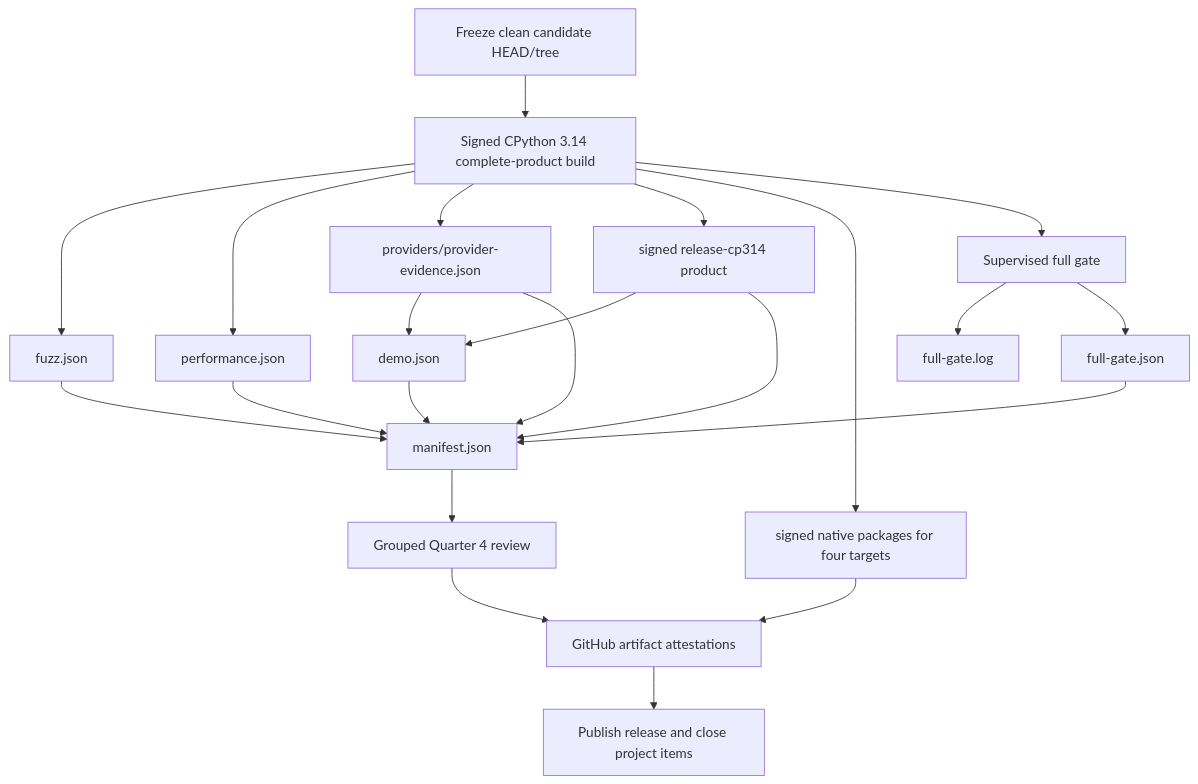
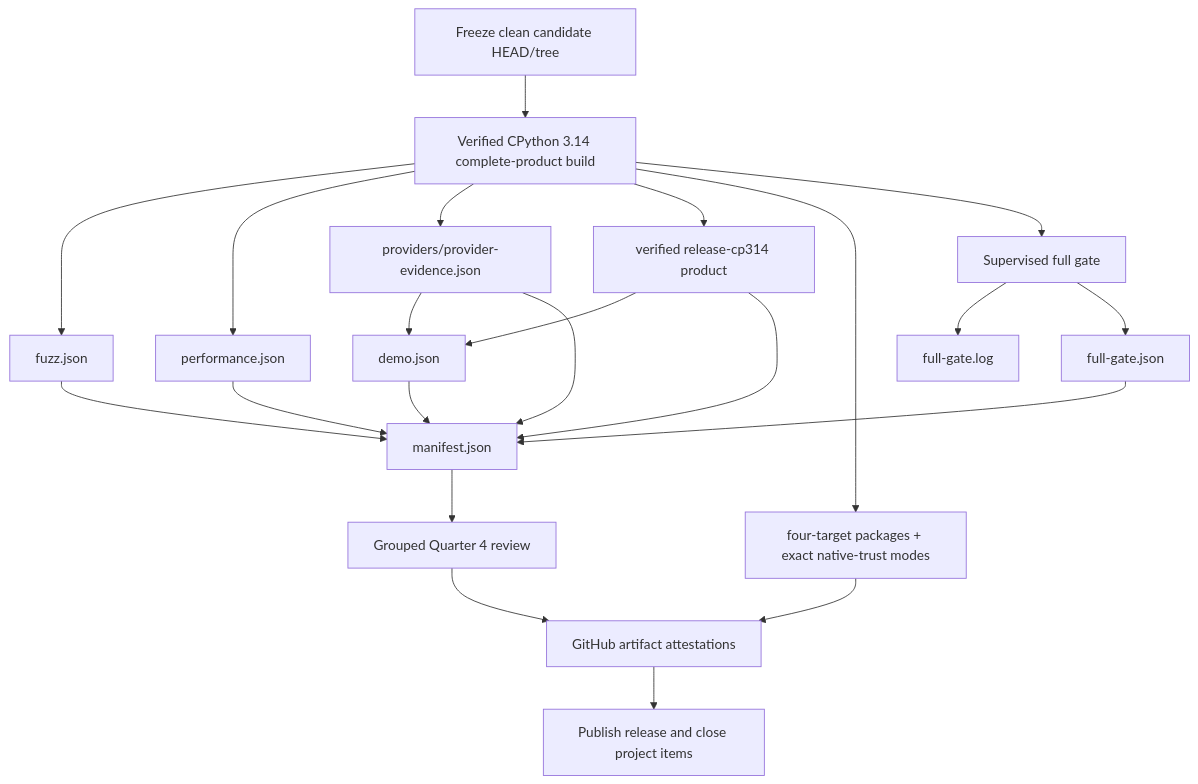
Before and after one commit to Sawmonabo/market-squawk: the diagram in docs/verification/usable-release-gate.md, drawn with Mermaid. The commit also changed other lines of this file and 13 other files, not shown here.

Commit message:
fix(release): complete portable zero-cost distribution

````diff
--- a/docs/verification/usable-release-gate.md
+++ b/docs/verification/usable-release-gate.md
@@ -59,40 +60,40 @@
 ```mermaid
 flowchart TD
     Freeze["Freeze clean candidate HEAD/tree"]
-    Build["Signed CPython 3.14 complete-product build"]
+    Build["Verified CPython 3.14 complete-product build"]
     Fuzz["fuzz.json"]
     Perf["performance.json"]
     Providers["providers/provider-evidence.json"]
-    Python["signed release-cp314 product"]
-    Native["signed native packages for four targets"]
+    Python["verified release-cp314 product"]
+    Native["four-target packages + exact native-trust modes"]
     Attest["GitHub artifact attestations"]
     Demo["demo.json"]
     Gate["Supervised full gate"]
     GateLog["full-gate.log"]
     GateReceipt["full-gate.json"]
     Close["manifest.json"]
     Review["Grouped Quarter 4 review"]
     Publish["Publish release and close project items"]
 
     Freeze --> Build
     Build --> Fuzz
     Build --> Perf
     Build --> Providers
     Build --> Python
     Build --> Native
     Providers --> Demo
     Python --> Demo
     Build --> Gate
     Gate --> GateLog
     Gate --> GateReceipt
     Fuzz --> Close
     Perf --> Close
     Providers --> Close
     Python --> Close
     Demo --> Close
     GateReceipt --> Close
     Close --> Review
     Native --> Attest
     Review --> Attest
     Attest --> Publish
 ```
````
